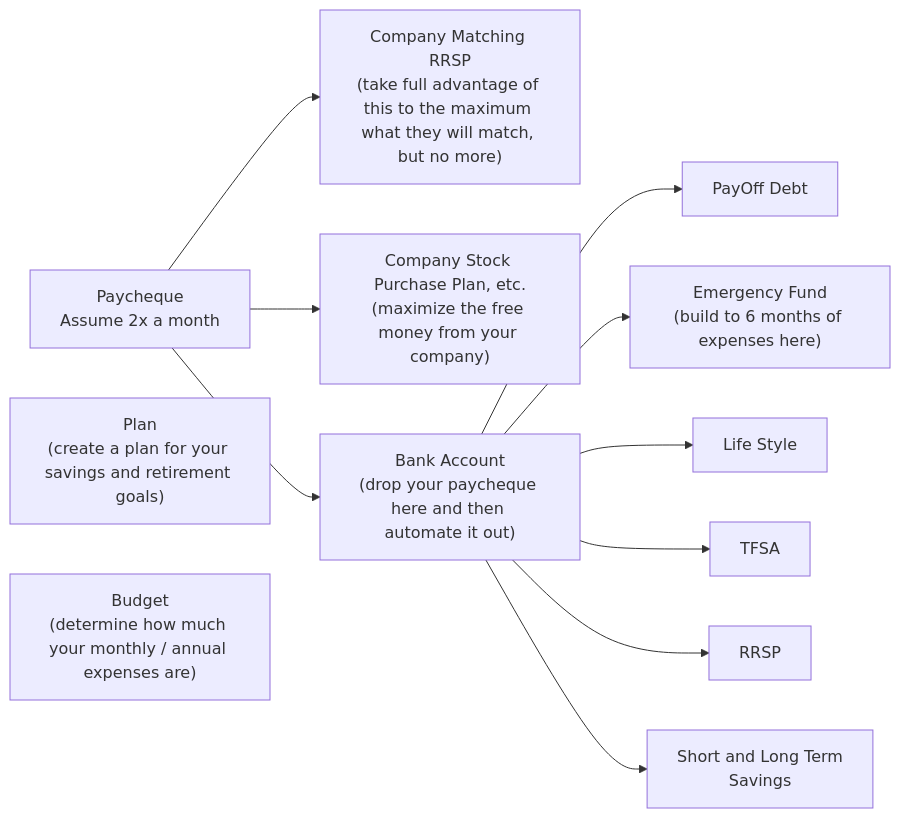
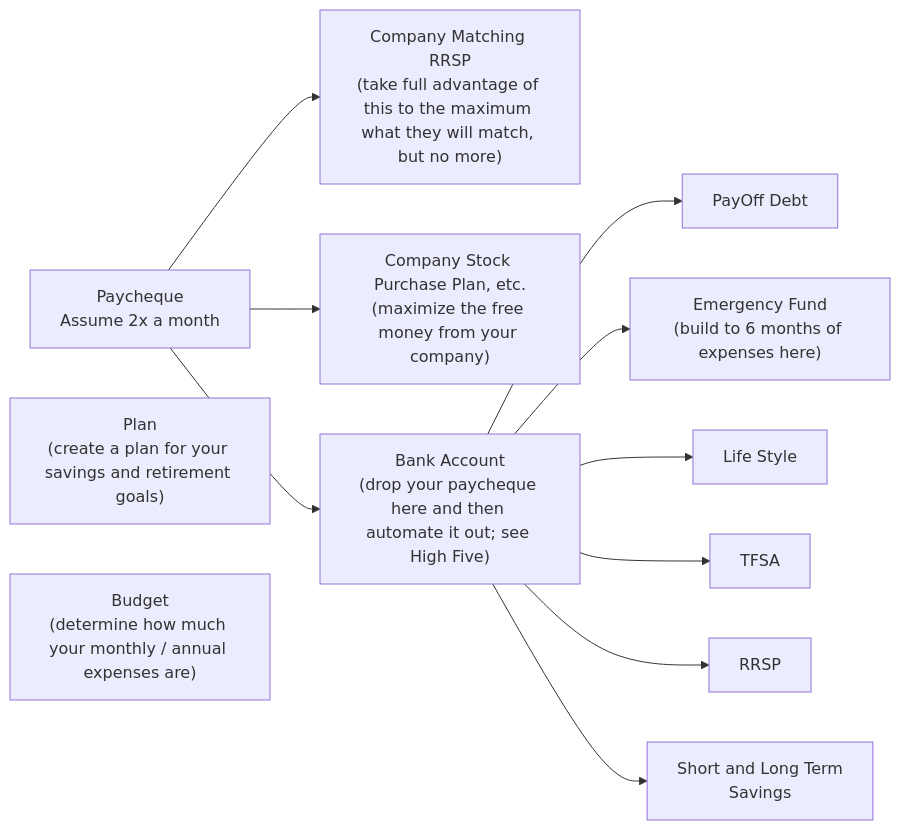
One commit to ksewlochan/Sewlochan changed the diagram in 02_FinancialLiteracy/02a_FinancialLiteracy_Stage01_WealthAccumulation.md. Above: the diagram before and after it, drawn with Mermaid. The commit also changed other lines of this file, not shown here.

````diff
--- a/02_FinancialLiteracy/02a_FinancialLiteracy_Stage01_WealthAccumulation.md
+++ b/02_FinancialLiteracy/02a_FinancialLiteracy_Stage01_WealthAccumulation.md
@@ -91,14 +85,14 @@
 ``` mermaid
 	flowchart LR
 		PayCheque["Paycheque<br>Assume 2x a month"] --> CompanyRRSP["Company Matching RRSP<br>(take full advantage of this to the maximum what they will match, but no more)"]
 		PayCheque --> CompanyStock["Company Stock Purchase Plan, etc.<br>(maximize the free money from your company)"]
-		PayCheque --> BankAccount["Bank Account<br>(drop your paycheque here and then automate it out)"]
+		PayCheque --> BankAccount["Bank Account<br>(drop your paycheque here and then automate it out; see High Five)"]
 		BankAccount --> PayDebt["PayOff Debt"]
 		BankAccount --> EmergencyFund["Emergency Fund<br>(build to 6 months of expenses here)"]
 		BankAccount --> LifeStyle["Life Style"]
 		BankAccount --> TFSA["TFSA"]
 		BankAccount --> RRSP["RRSP"]
 		BankAccount --> Savings["Short and Long Term<br> Savings"]
 		Plan["Plan<br>(create a plan for your savings and retirement goals)"]
 		Budget["Budget<br>(determine how much your monthly / annual expenses are)"]
 ```
````
